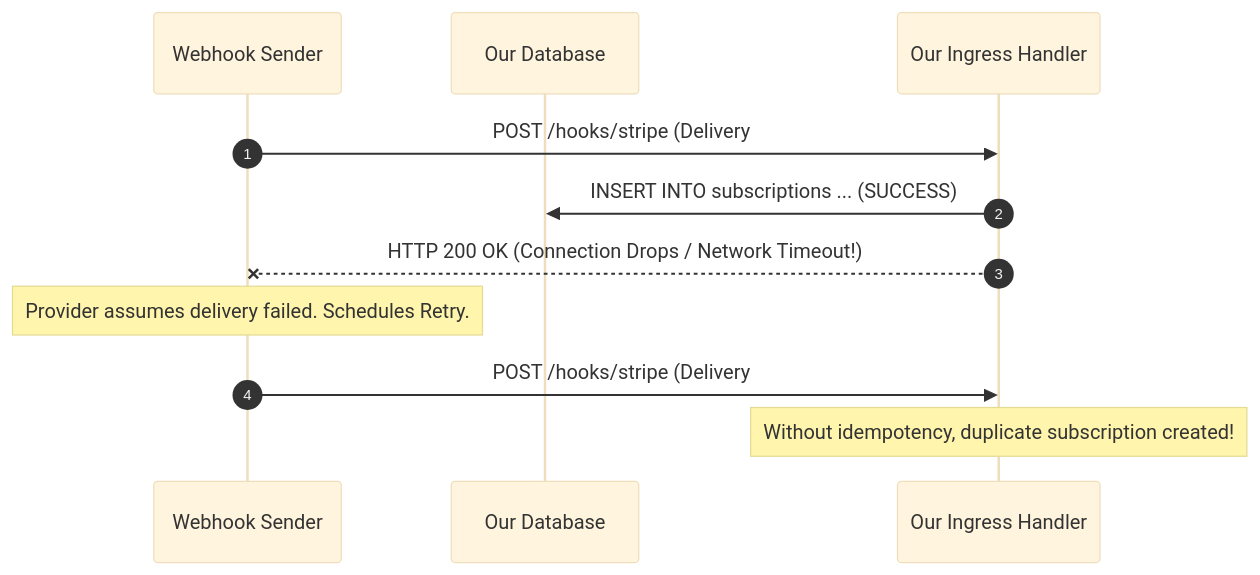
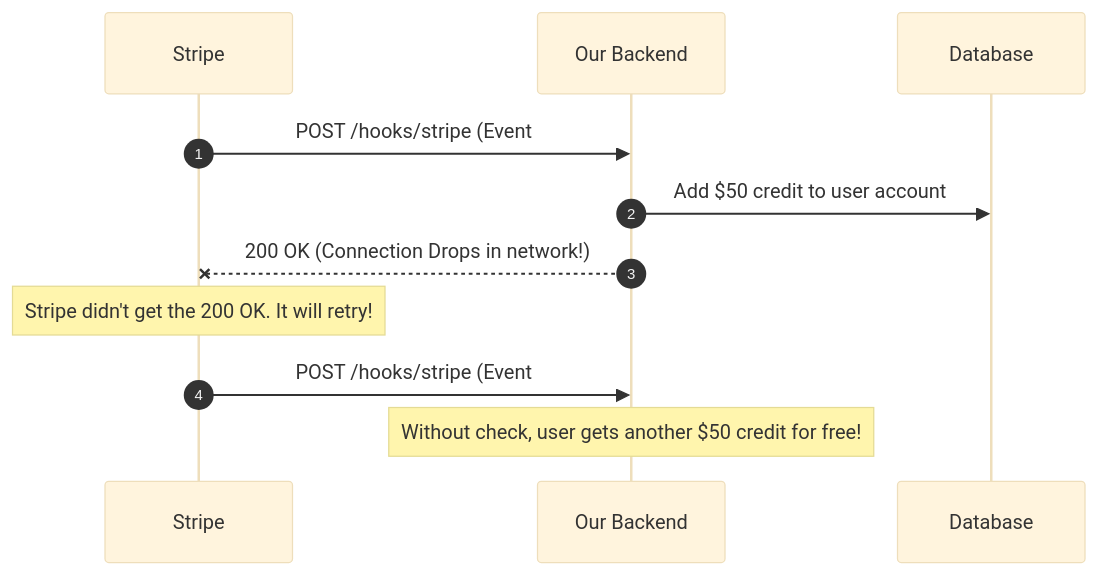
One commit to rohithgowda18/Notes changed the fifth of 10 diagrams in 07-Backend-Engineering/Webhooks.md. Above: the diagram before and after it, drawn with Mermaid (base theme). The commit also changed other lines of this file, not shown here.

````diff
--- a/07-Backend-Engineering/Webhooks.md
+++ b/07-Backend-Engineering/Webhooks.md
@@ -360,14 +233,14 @@
 ```mermaid
 sequenceDiagram
     autonumber
-    participant Provider as Webhook Sender
-    participant DB as Our Database
-    participant Receiver as Our Ingress Handler
+    participant Stripe as Stripe
+    participant App as Our Backend
+    participant DB as Database
 
-    Provider->>Receiver: POST /hooks/stripe (Delivery #1: event_101)
-    Receiver->>DB: INSERT INTO subscriptions ... (SUCCESS)
-    Receiver--xProvider: HTTP 200 OK (Connection Drops / Network Timeout!)
-    Note over Provider: Provider assumes delivery failed. Schedules Retry.
-    Provider->>Receiver: POST /hooks/stripe (Delivery #2: event_101)
-    Note over Receiver: Without idempotency, duplicate subscription created!
+    Stripe->>App: POST /hooks/stripe (Event #101)
+    App->>DB: Add $50 credit to user account
+    App--xStripe: 200 OK (Connection Drops in network!)
+    Note over Stripe: Stripe didn't get the 200 OK. It will retry!
+    Stripe->>App: POST /hooks/stripe (Event #101 Retry)
+    Note over App: Without check, user gets another $50 credit for free!
 ```
````
